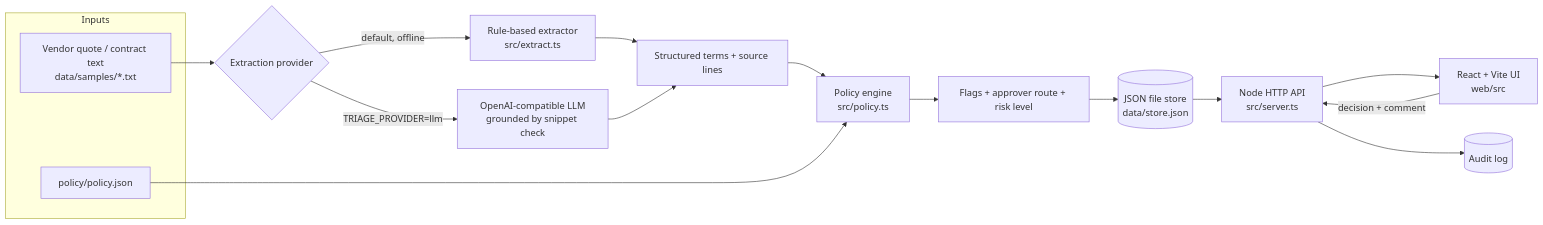
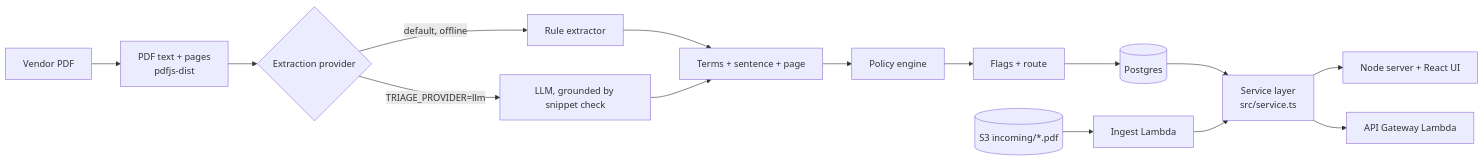
The diagram in README.md (dhia-eddine-mahdaoui/procurement-request-triage), drawn with Mermaid before and after one commit. The commit also changed other lines of this file and 88 other files, not shown here.

First line of the commit message:
Add Postgres store, PDF intake, Lambda handlers with CDK stack, new UI and extraction eval

````diff
--- a/README.md
+++ b/README.md
@@ -41,20 +66,15 @@
 ```mermaid
 flowchart LR
-  subgraph Inputs
-    D[Vendor quote / contract text<br/>data/samples/*.txt]
-    P[policy/policy.json]
-  end
-  D --> X{Extraction provider}
-  X -->|default, offline| R[Rule-based extractor<br/>src/extract.ts]
-  X -->|TRIAGE_PROVIDER=llm| L[OpenAI-compatible LLM<br/>grounded by snippet check]
-  R --> T[Structured terms + source lines]
+  PDF[Vendor PDF] --> P[PDF text + pages<br/>pdfjs-dist]
+  P --> X{Extraction provider}
+  X -->|default, offline| R[Rule extractor]
+  X -->|TRIAGE_PROVIDER=llm| L[LLM, grounded by snippet check]
+  R --> T[Terms + sentence + page]
   L --> T
-  T --> E[Policy engine<br/>src/policy.ts]
-  P --> E
-  E --> Q[Flags + approver route + risk level]
-  Q --> S[(JSON file store<br/>data/store.json)]
-  S --> API[Node HTTP API<br/>src/server.ts]
-  API --> UI[React + Vite UI<br/>web/src]
-  UI -->|decision + comment| API
-  API --> A[(Audit log)]
+  T --> E[Policy engine] --> Q[Flags + route]
+  Q --> S[(Postgres)]
+  S --> SVC[Service layer<br/>src/service.ts]
+  SVC --> N[Node server + React UI]
+  SVC --> A[API Gateway Lambda]
+  S3[(S3 incoming/*.pdf)] --> I[Ingest Lambda] --> SVC
 ```
````
